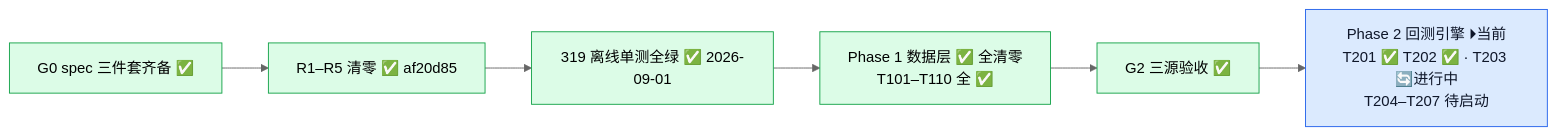
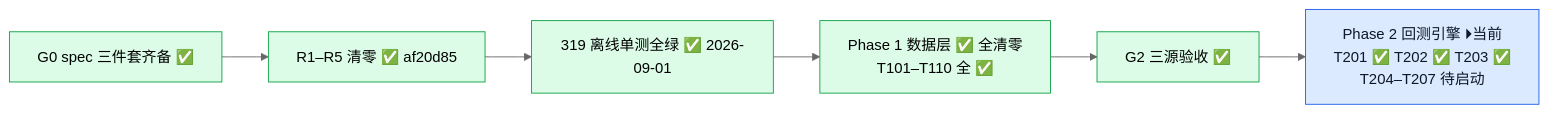
Before and after one commit to YZml1507/FinAI2.0: the second of 4 diagrams in docs/project_status_flowchart.md, drawn with Mermaid (neutral theme). The commit also changed other lines of this file and 3 other files, not shown here.

Commit message:
docs: T203 状态标记 — CLAUDE.md §0/§5/§7 + spec 快照同步（research-finai 05ba8cf）+ 流程图 md/html（T203 ✅ / 352 绿 / 当前位 T204 待启动）

````diff
--- a/docs/project_status_flowchart.md
+++ b/docs/project_status_flowchart.md
@@ -29,13 +29,13 @@
 ```mermaid
 flowchart LR
   G0[G0 spec 三件套齐备 ✅] --> R15[R1–R5 清零 ✅ af20d85] --> UT[319 离线单测全绿 ✅ 2026-09-01]
   UT --> P1[Phase 1 数据层 ✅ 全清零<br/>T101–T110 全 ✅]
   P1 --> G2[G2 三源验收 ✅]
-  G2 --> P2C[Phase 2 回测引擎 ⏵当前<br/>T201 ✅ T202 ✅ · T203 🔄进行中<br/>T204–T207 待启动]
+  G2 --> P2C[Phase 2 回测引擎 ⏵当前<br/>T201 ✅ T202 ✅ T203 ✅<br/>T204–T207 待启动]
   style G0 fill:#dcfce7,stroke:#16a34a
   style R15 fill:#dcfce7,stroke:#16a34a
   style UT fill:#dcfce7,stroke:#16a34a
   style P1 fill:#dcfce7,stroke:#16a34a
   style G2 fill:#dcfce7,stroke:#16a34a
   style P2C fill:#dbeafe,stroke:#2563eb,color:#0f172a
 ```
````
